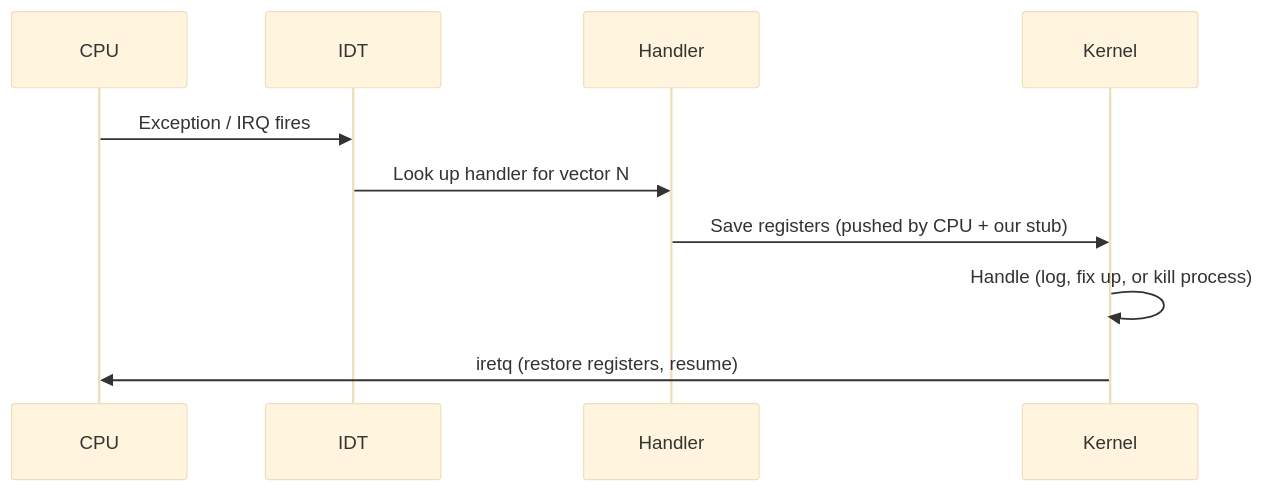
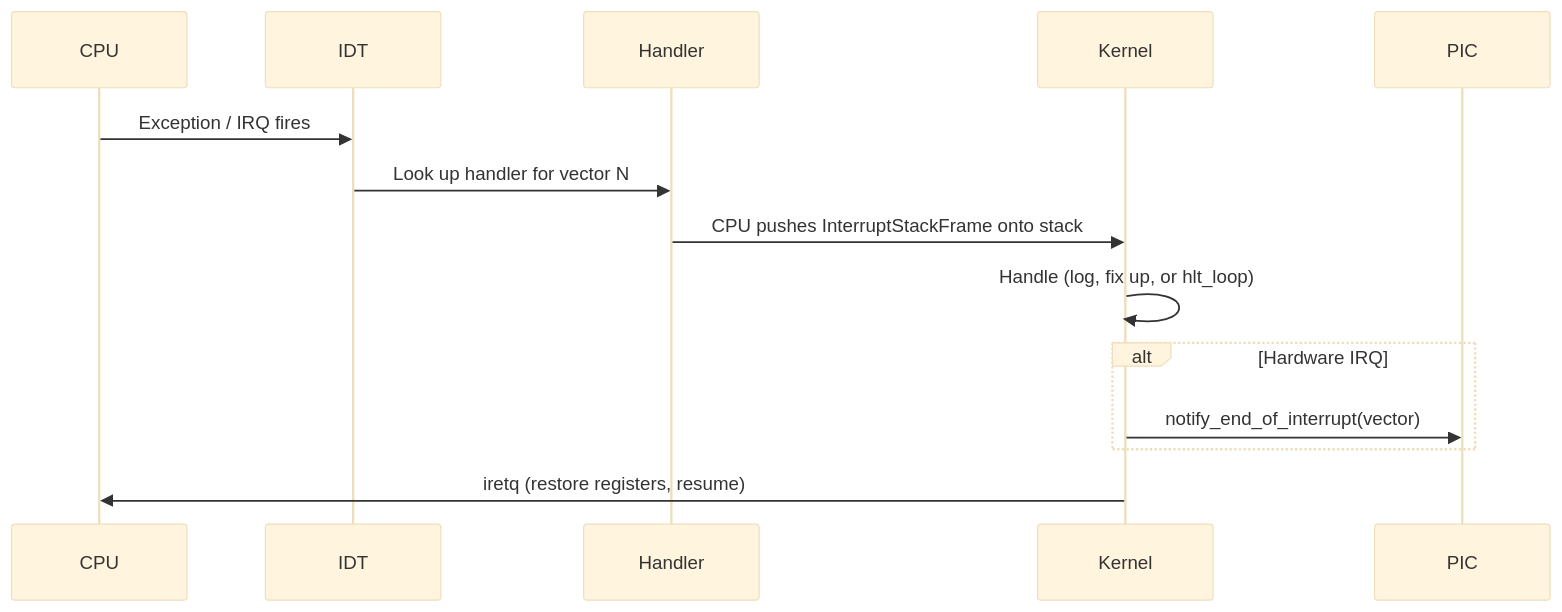
One commit to mikecubed/m3OS changed the second of 3 diagrams in docs/04-interrupts.md. Above: the diagram before and after it, drawn with Mermaid (base theme). The commit also changed other lines of this file and 13 other files, not shown here.

````diff
--- a/docs/04-interrupts.md
+++ b/docs/04-interrupts.md
@@ -62,13 +61,16 @@
 ```mermaid
 sequenceDiagram
     participant CPU
     participant IDT
     participant Handler
     participant Kernel
 
     CPU->>IDT: Exception / IRQ fires
     IDT->>Handler: Look up handler for vector N
-    Handler->>Kernel: Save registers (pushed by CPU + our stub)
-    Kernel->>Kernel: Handle (log, fix up, or kill process)
+    Handler->>Kernel: CPU pushes InterruptStackFrame onto stack
+    Kernel->>Kernel: Handle (log, fix up, or hlt_loop)
+    alt Hardware IRQ
+        Kernel->>PIC: notify_end_of_interrupt(vector)
+    end
     Kernel->>CPU: iretq (restore registers, resume)
 ```
````
